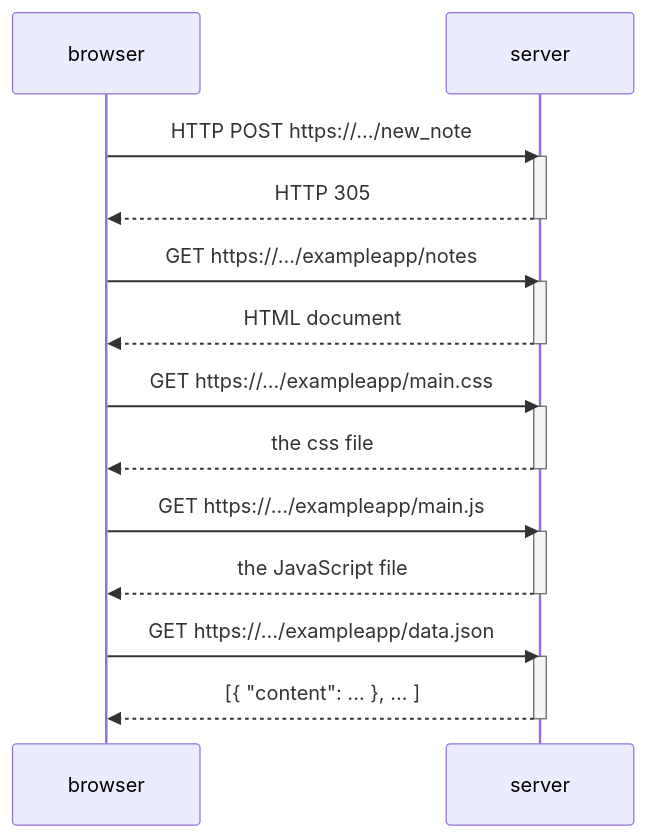
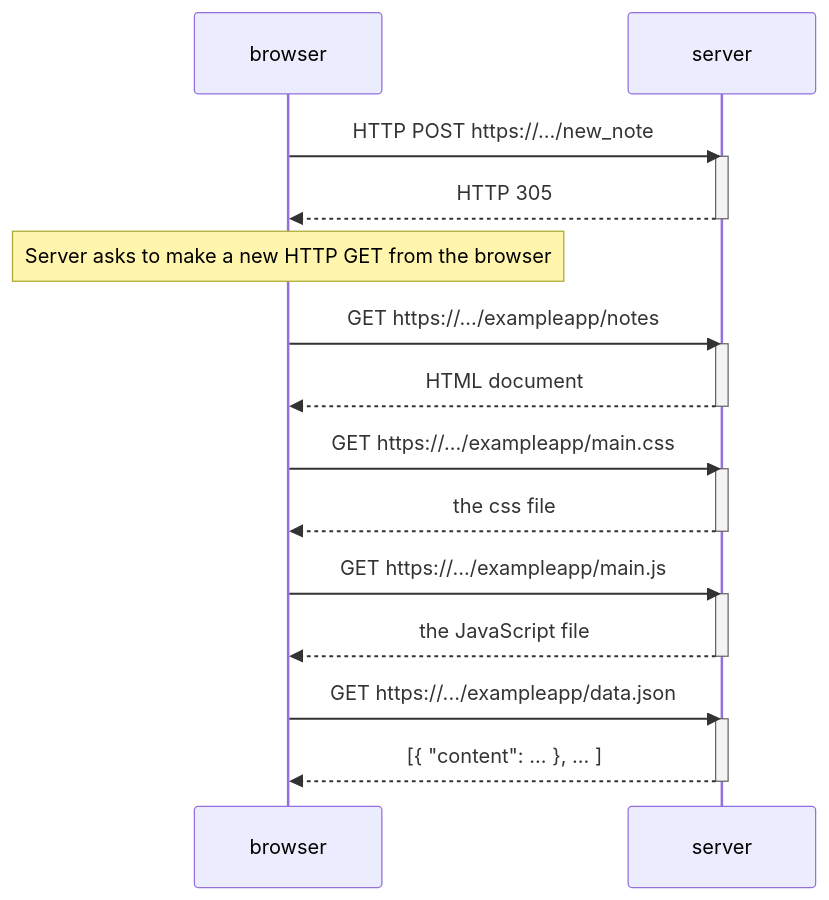
The diagram in 0.4.md (Homeroso/fullstackopen), drawn with Mermaid before and after one commit.

Commit message:
Update 0.4.md
Excercise 0.4

````diff
--- a/0.4.md
+++ b/0.4.md
@@ -1,30 +1,32 @@
 ```mermaid
 sequenceDiagram
     participant browser
     participant server
 
     browser->>server: HTTP POST https://.../new_note
     activate server
     server-->>browser: HTTP 305
     deactivate server
+
+    Note over browser: Server asks to make a new HTTP GET from the browser
 
     browser->>server: GET https://.../exampleapp/notes
     activate server
     server-->>browser: HTML document
     deactivate server
 
     browser->>server: GET https://.../exampleapp/main.css
     activate server
     server-->>browser: the css file
     deactivate server
 
     browser->>server: GET https://.../exampleapp/main.js
     activate server
     server-->>browser: the JavaScript file
     deactivate server
 
     browser->>server: GET https://.../exampleapp/data.json
     activate server
     server-->>browser: [{ "content": ... }, ... ]
-    deactivate server
+    deactivate server 
 ```
````
